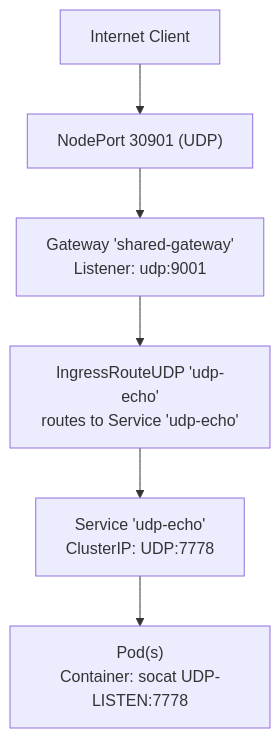
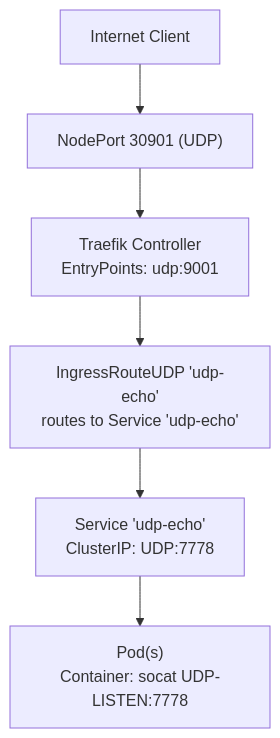
One commit to Hoangvu75/k8s_manifest changed the second of 3 diagrams in .qoder/repowiki/en/content/Playground Applications/Demo Applications/UDP Echo Demo Application.md. Above: the diagram before and after it, drawn with Mermaid. The commit also changed other lines of this file and 10 other files, not shown here.

````diff
--- a/.qoder/repowiki/en/content/Playground Applications/Demo Applications/UDP Echo Demo Application.md
+++ b/.qoder/repowiki/en/content/Playground Applications/Demo Applications/UDP Echo Demo Application.md
@@ -93,8 +105,8 @@
 ```mermaid
 graph TB
 INTERNET["Internet Client"] --> NODEPORT["NodePort 30901 (UDP)"]
-NODEPORT --> GATEWAY["Gateway 'shared-gateway'<br/>Listener: udp:9001"]
-GATEWAY --> INGRESS["IngressRouteUDP 'udp-echo'<br/>routes to Service 'udp-echo'"]
+NODEPORT --> TRAEFIK["Traefik Controller<br/>EntryPoints: udp:9001"]
+TRAEFIK --> INGRESS["IngressRouteUDP 'udp-echo'<br/>routes to Service 'udp-echo'"]
 INGRESS --> SVC["Service 'udp-echo'<br/>ClusterIP: UDP:7778"]
 SVC --> POD["Pod(s)<br/>Container: socat UDP-LISTEN:7778"]
 ```
````
